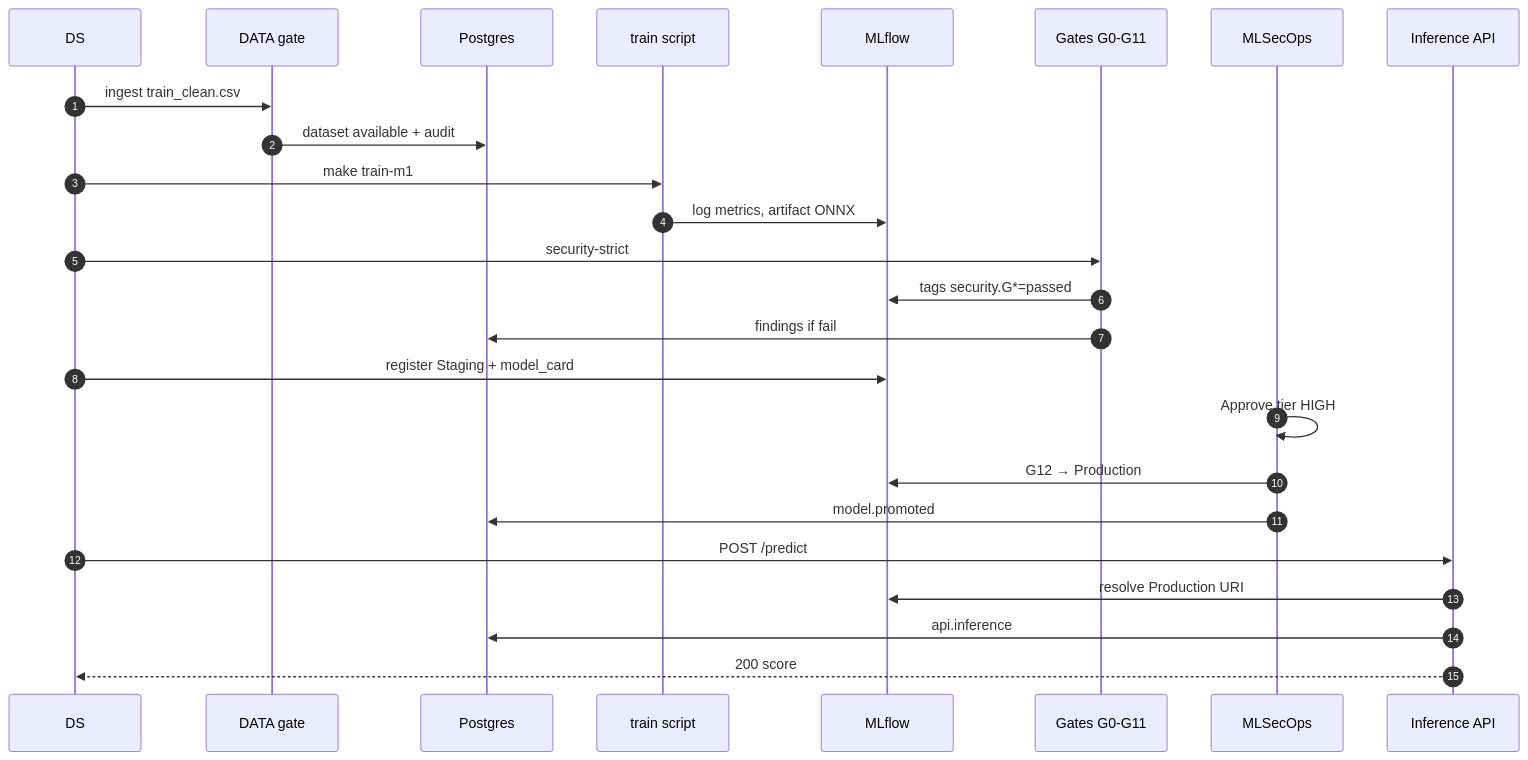
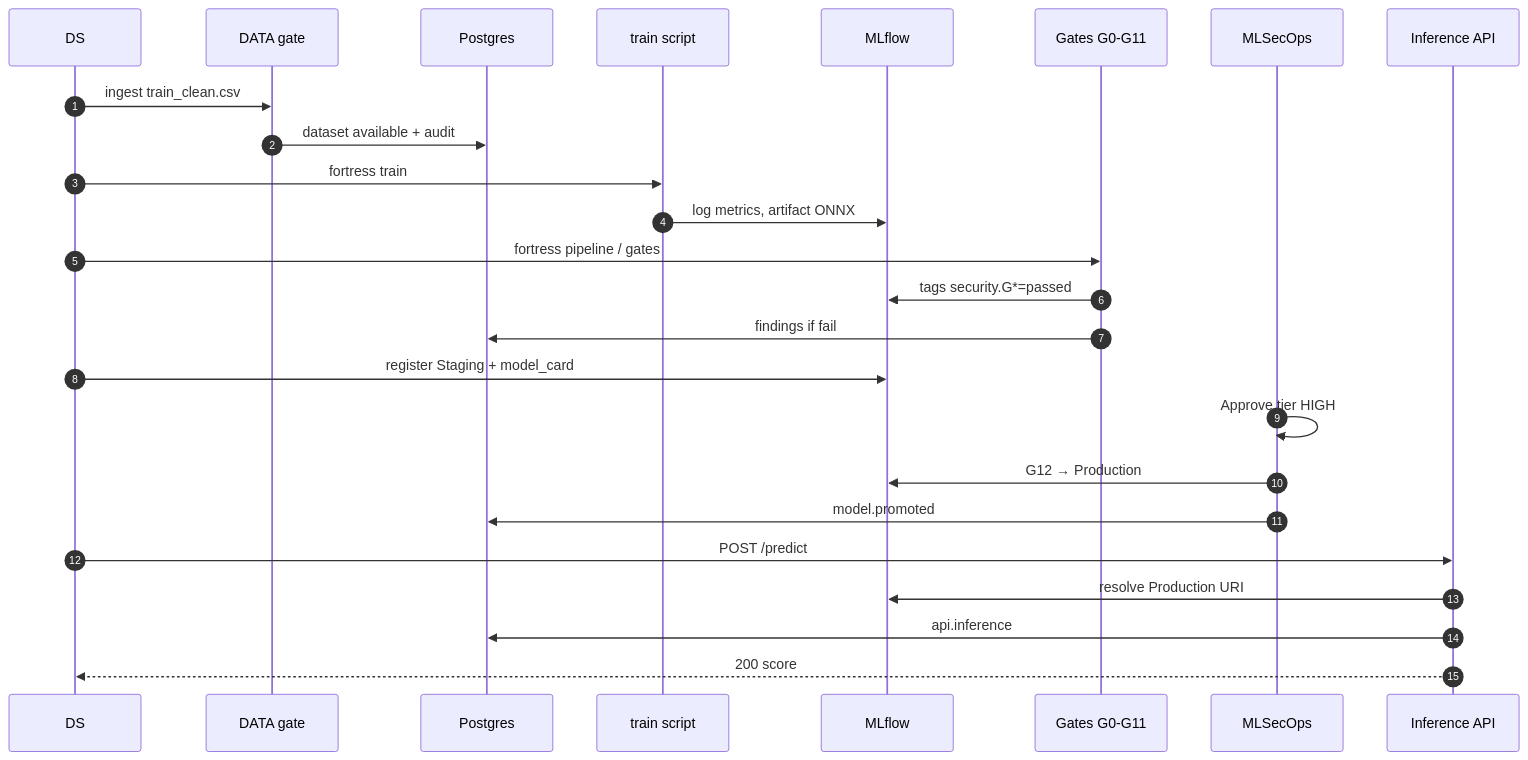
One commit to Ermakov764/Alfa_bank_MLSecOps changed the fifth of 10 diagrams in docs/architecture.md. Above: the diagram before and after it, drawn with Mermaid. The commit also changed other lines of this file and 10 other files, not shown here.

First line of the commit message:
docs: sync architecture and guides with current Docker stack

````diff
--- a/docs/architecture.md
+++ b/docs/architecture.md
@@ -191,28 +185,28 @@
 ```mermaid
 sequenceDiagram
   autonumber
   participant DS as DS
   participant DATA as DATA gate
   participant PG as Postgres
   participant TR as train script
   participant MLF as MLflow
   participant G as Gates G0-G11
   participant MSO as MLSecOps
   participant API as Inference API
 
   DS->>DATA: ingest train_clean.csv
   DATA->>PG: dataset available + audit
-  DS->>TR: make train-m1
+  DS->>TR: fortress train
   TR->>MLF: log metrics, artifact ONNX
-  DS->>G: security-strict
+  DS->>G: fortress pipeline / gates
   G->>MLF: tags security.G*=passed
   G->>PG: findings if fail
   DS->>MLF: register Staging + model_card
   MSO->>MSO: Approve tier HIGH
   MSO->>MLF: G12 → Production
   MSO->>PG: model.promoted
   DS->>API: POST /predict
   API->>MLF: resolve Production URI
   API->>PG: api.inference
   API-->>DS: 200 score
 ```
````
